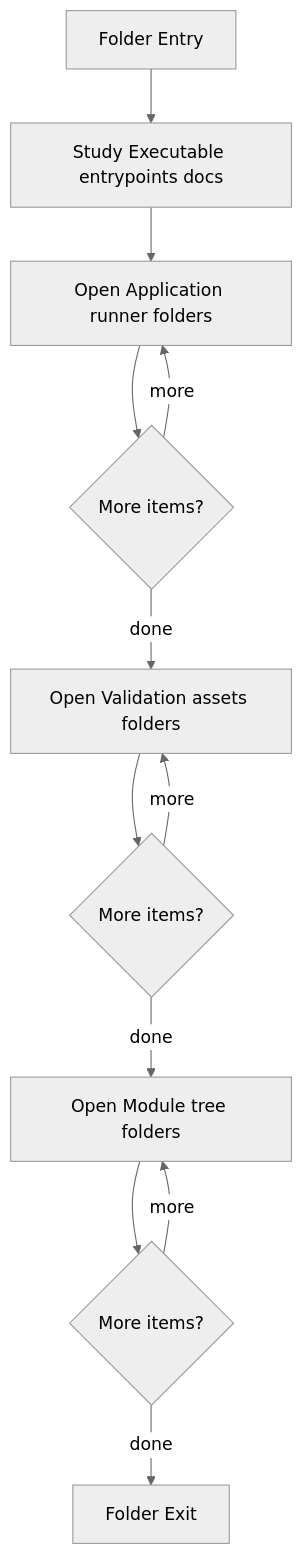
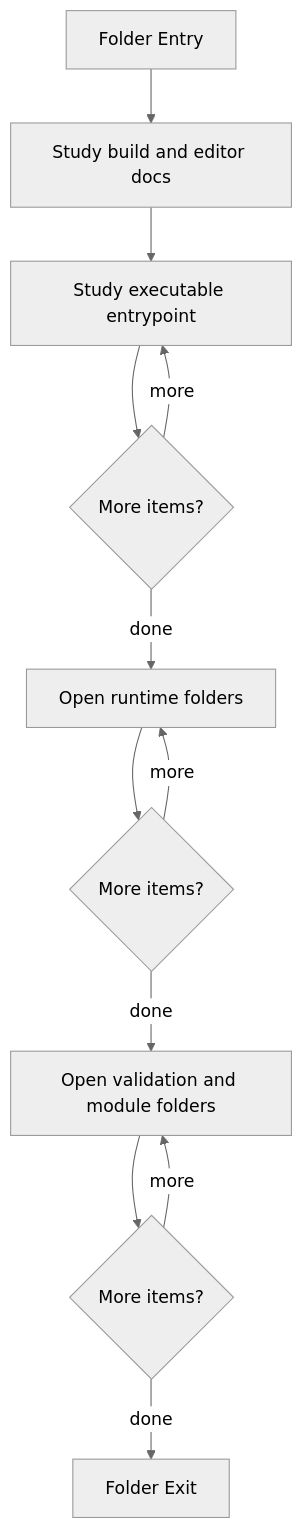
Before and after one commit to JohnAndrewBalbarosa/NeoTerritory: the diagram in docs/Codebase/Microservice/README.md, drawn with Mermaid (neutral theme). The commit also changed other lines of this file and 23 other files, not shown here.

````diff
--- a/docs/Codebase/Microservice/README.md
+++ b/docs/Codebase/Microservice/README.md
@@ -14,23 +14,23 @@
 ```mermaid
 flowchart TD
     Start["Folder Entry"]
-    N0["Study Executable entrypoints docs"]
-    N1["Open Application runner folders"]
+    N0["Study build and editor docs"]
+    N1["Study executable entrypoint"]
     L1{"More items?"}
-    N2["Open Validation assets folders"]
+    N2["Open runtime folders"]
     L2{"More items?"}
-    N3["Open Module tree folders"]
+    N3["Open validation and module folders"]
     L3{"More items?"}
     End["Folder Exit"]
     Start --> N0
     N0 --> N1
     N1 --> L1
     L1 -->|more| N1
     L1 -->|done| N2
     N2 --> L2
     L2 -->|more| N2
     L2 -->|done| N3
     N3 --> L3
     L3 -->|more| N3
     L3 -->|done| End
 ```
````
